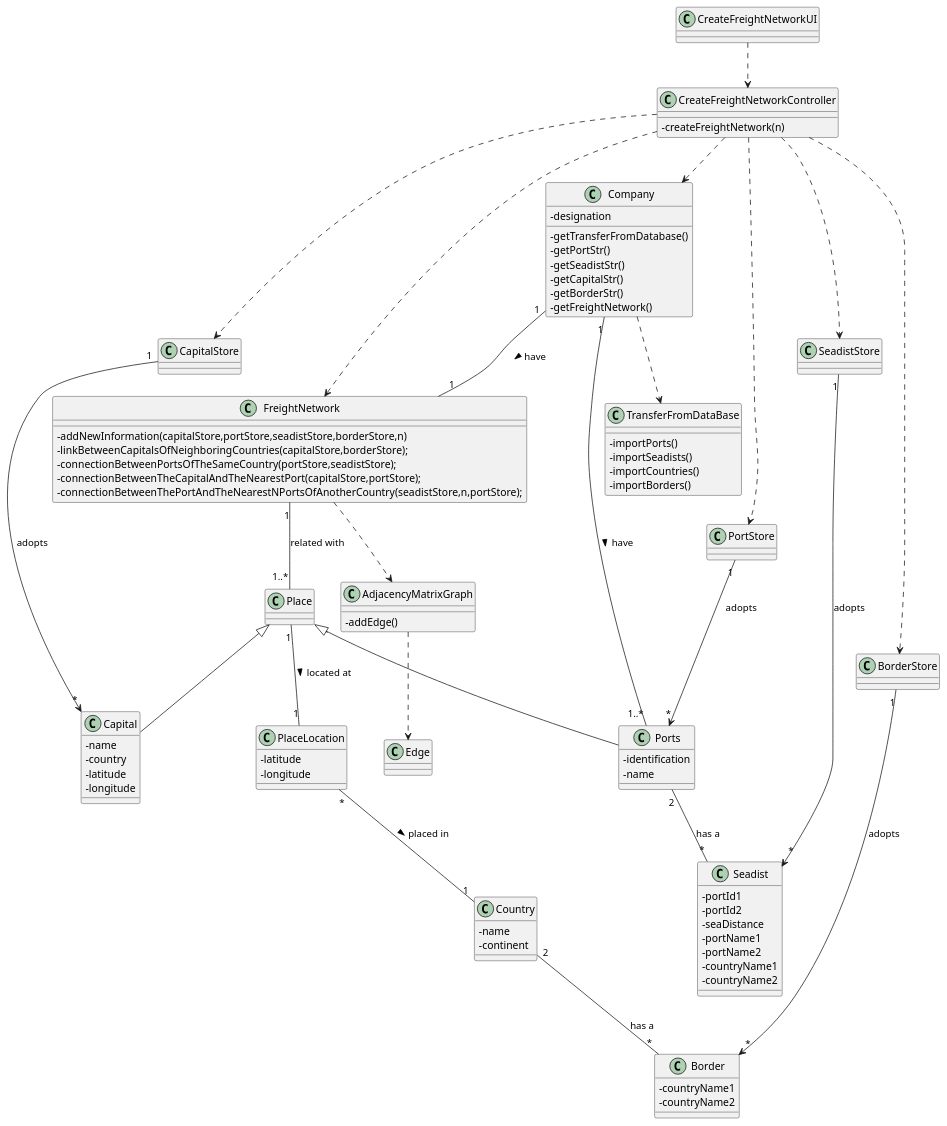
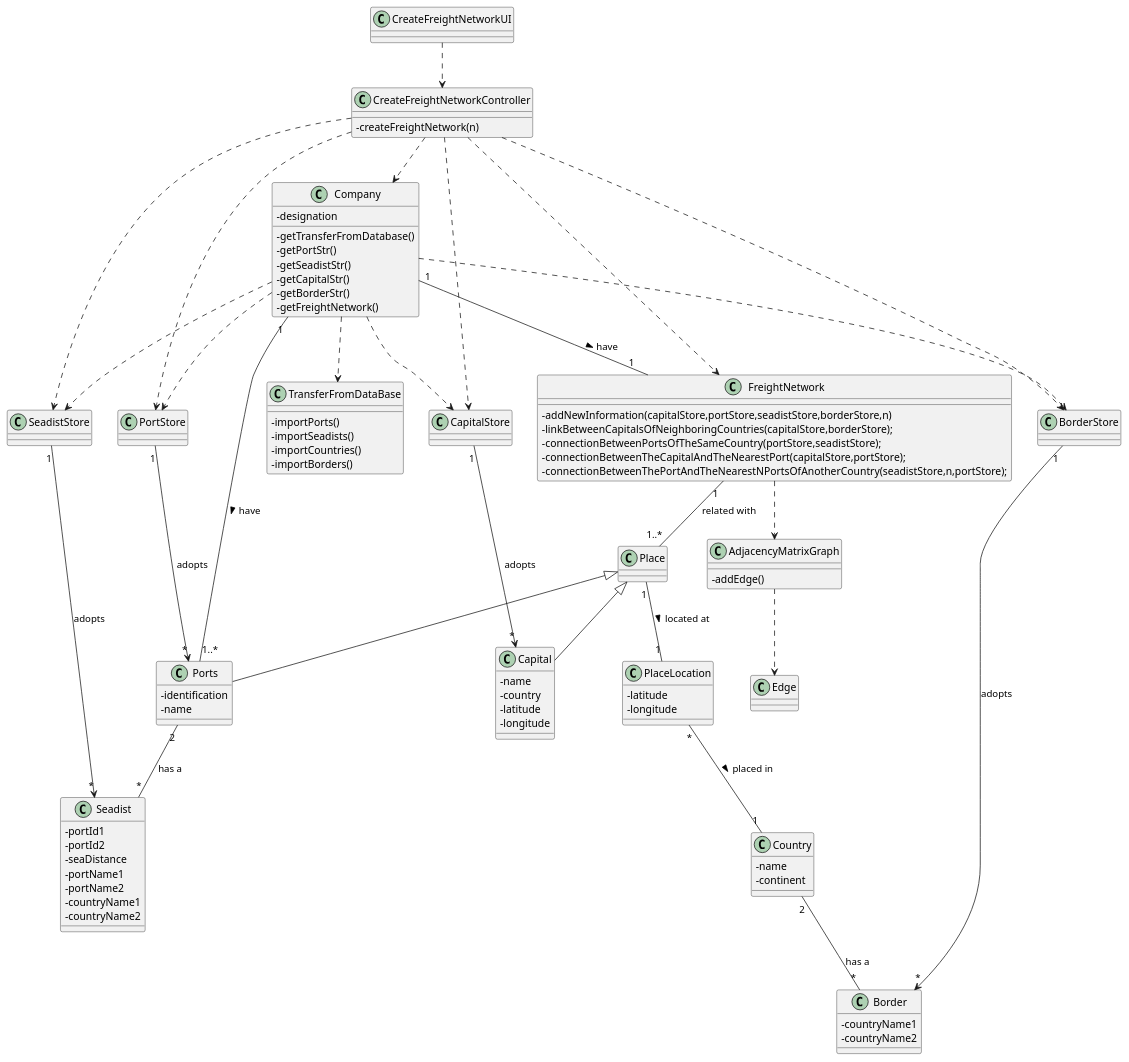
The diagram in docs/US301/US301_CD.puml (0franciscor/lapr3-2021-g042), drawn with PlantUML before and after one commit. The commit also changed 3 other files, not shown here.

```diff
--- a/docs/US301/US301_CD.puml
+++ b/docs/US301/US301_CD.puml
@@ -1,132 +1,136 @@
 @startuml
 'https://plantuml.com/class-diagram
 
 skinparam classAttributeIconSize 0
 
 
 
 class CreateFreightNetworkUI {}
 
 class CreateFreightNetworkController {
 -createFreightNetwork(n)
 }
 
 class Company {
 -designation
 -getTransferFromDatabase()
 -getPortStr()
 -getSeadistStr()
 -getCapitalStr()
 -getBorderStr()
 -getFreightNetwork()
 }
 
 class TransferFromDataBase {
 -importPorts()
 -importSeadists()
 -importCountries()
 -importBorders()
 }
 
 class FreightNetwork {
 -addNewInformation(capitalStore,portStore,seadistStore,borderStore,n)
 -linkBetweenCapitalsOfNeighboringCountries(capitalStore,borderStore);
 -connectionBetweenPortsOfTheSameCountry(portStore,seadistStore);
 -connectionBetweenTheCapitalAndTheNearestPort(capitalStore,portStore);
 -connectionBetweenThePortAndTheNearestNPortsOfAnotherCountry(seadistStore,n,portStore);
 }
 
 class PortStore {
 
 }
 
 class SeadistStore {
 
 }
 
 class CapitalStore {
 
 }
 
 class BorderStore {
 
 }
 
 class Ports {
 -identification
 -name
 }
 
 
 class Country {
 -name
 -continent
 }
 
 class PlaceLocation {
 -latitude
 -longitude
 }
 
 class Capital{
 -name
 -country
 -latitude
 -longitude
 }
 
 class Place {
 
 }
 
 class Border {
 -countryName1
 -countryName2
 }
 
 class Seadist {
 -portId1
 -portId2
 -seaDistance
 -portName1
 -portName2
 -countryName1
 -countryName2
 }
 
 class AdjacencyMatrixGraph {
 -addEdge()
 
 }
 
 class Edge {
 
 }
 
 CreateFreightNetworkUI ..> CreateFreightNetworkController
 
 CreateFreightNetworkController ..> Company
 CreateFreightNetworkController ..> FreightNetwork
 
 Company "1"--"1" FreightNetwork: have >
 Company ..> TransferFromDataBase
 FreightNetwork ..> AdjacencyMatrixGraph
 AdjacencyMatrixGraph ..> Edge
 CreateFreightNetworkController ..> PortStore
 CreateFreightNetworkController ..> SeadistStore
 CreateFreightNetworkController ..> BorderStore
 Company "1"--"1..*" Ports: have >
 PortStore "1"--> "*" Ports : adopts
 SeadistStore "1"--> "*" Seadist : adopts
 BorderStore "1"--> "*" Border : adopts
 
 Ports "2"--"*" Seadist: has a
 FreightNetwork "1" -- "1..*" Place : related with
 Place <|-- Capital
 Place <|-- Ports
 Country "2" -- "*" Border : has a
 PlaceLocation "*" -- "1" Country : placed in >
 Place "1" -- "1" PlaceLocation : located at >
 CreateFreightNetworkController ..> CapitalStore
 CapitalStore "1"--> "*" Capital : adopts
+Company..> PortStore
+Company..>CapitalStore
+Company..>BorderStore
+Company..> SeadistStore
 @enduml
```
